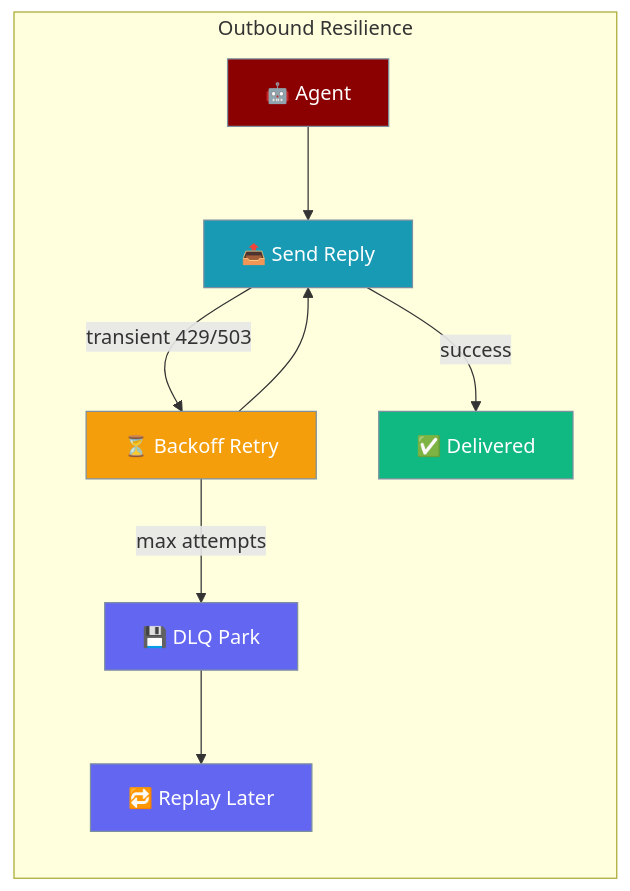
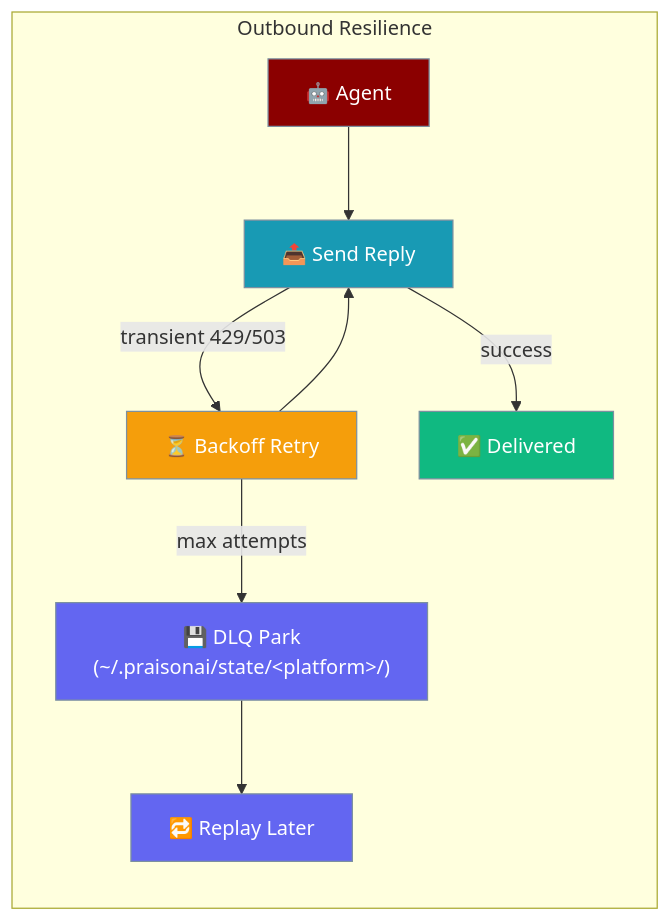
Before and after one commit to MervinPraison/PraisonAIDocs: the first of 3 diagrams in docs/features/outbound-resilience.mdx, drawn with Mermaid. The commit also changed other lines of this file, not shown here.

First line of the commit message:
docs: outbound DLQ is safe-by-default in outbound-resilience.mdx (fixes #2438)

````diff
--- a/docs/features/outbound-resilience.mdx
+++ b/docs/features/outbound-resilience.mdx
@@ -28,23 +28,23 @@
 ```mermaid
 graph LR
     subgraph "Outbound Resilience"
         Agent[🤖 Agent] --> Send[📤 Send Reply]
         Send -->|transient 429/503| Backoff[⏳ Backoff Retry]
         Backoff --> Send
         Send -->|success| Success[✅ Delivered]
-        Backoff -->|max attempts| DLQ[💾 DLQ Park]
+        Backoff -->|max attempts| DLQ["💾 DLQ Park\n(~/.praisonai/state/&lt;platform&gt;/)"]
         DLQ --> Replay[🔁 Replay Later]
     end
 
     classDef agent fill:#8B0000,stroke:#7C90A0,color:#fff
     classDef process fill:#189AB4,stroke:#7C90A0,color:#fff
     classDef retry fill:#F59E0B,stroke:#7C90A0,color:#fff
     classDef success fill:#10B981,stroke:#7C90A0,color:#fff
     classDef storage fill:#6366F1,stroke:#7C90A0,color:#fff
 
     class Agent agent
     class Send process
     class Backoff retry
     class Success success
     class DLQ,Replay storage
 ```
````
